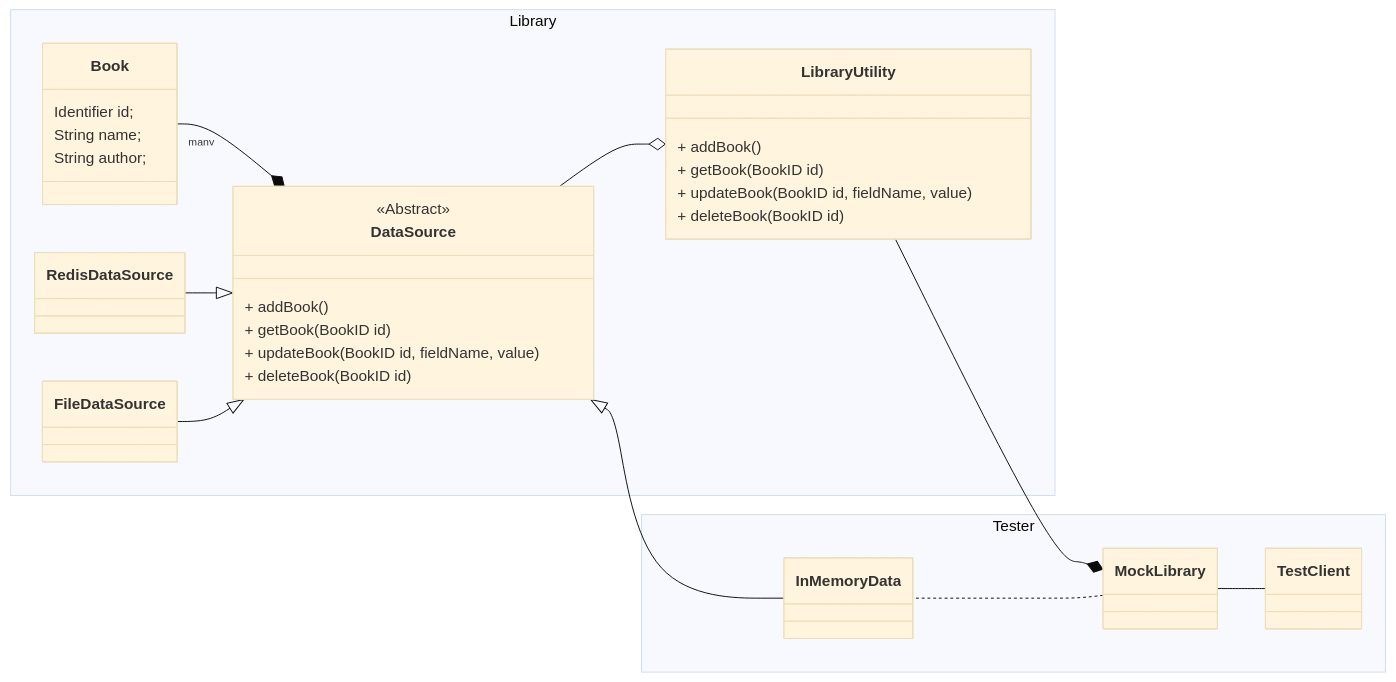
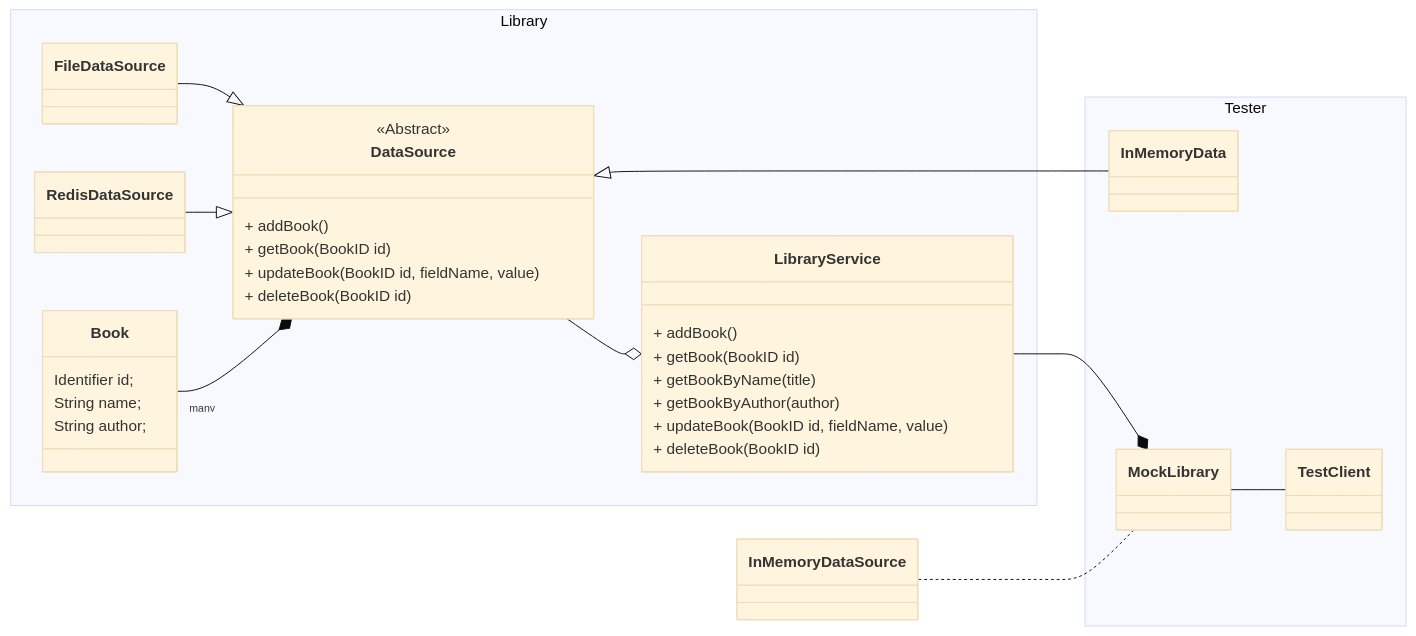
The diagram in README.md (pavithra-ashok/digicert_library), drawn with Mermaid (base theme) before and after one commit. The commit also changed other lines of this file and 13 other files, not shown here.

Commit message:
* Remove raw pointers * Renamed LibraryUtility to LibraryService * Added tests * Added testing infrasturcture using InMemoryDataSource * Added comments * Updated Readme

````diff
--- a/README.md
+++ b/README.md
@@ -39,55 +38,57 @@
 ```mermaid
 classDiagram
 
 direction RL
 namespace Library {
      class Book {
         Identifier id;
         String name;
         String author;
 
     }
      class DataSource {
         <<Abstract>>
       + addBook()
       + getBook(BookID id)
       + updateBook(BookID id, fieldName, value)
       + deleteBook(BookID id)
     }
     
     class RedisDataSource {
 
     }
     class FileDataSource {
 
     }
-    class LibraryUtility {
+    class LibraryService {
       + addBook()
       + getBook(BookID id)
+      + getBookByName(title)
+      + getBookByAuthor(author)
       + updateBook(BookID id, fieldName, value)
       + deleteBook(BookID id)
     }
    
 }
 DataSource <|-- FileDataSource
 DataSource <|-- RedisDataSource
-LibraryUtility  o-- DataSource
+LibraryService  o-- DataSource
 DataSource *-- "many" Book
 
 namespace Tester {
  class InMemoryData {
 
     }
     class MockLibrary {
 
     }
     class TestClient {
 
     }
 }
 InMemoryData --|> DataSource
-MockLibrary *-- LibraryUtility
-MockLibrary .. InMemoryData
+MockLibrary *-- LibraryService
+MockLibrary .. InMemoryDataSource
 TestClient -- MockLibrary
 
 ```
````
